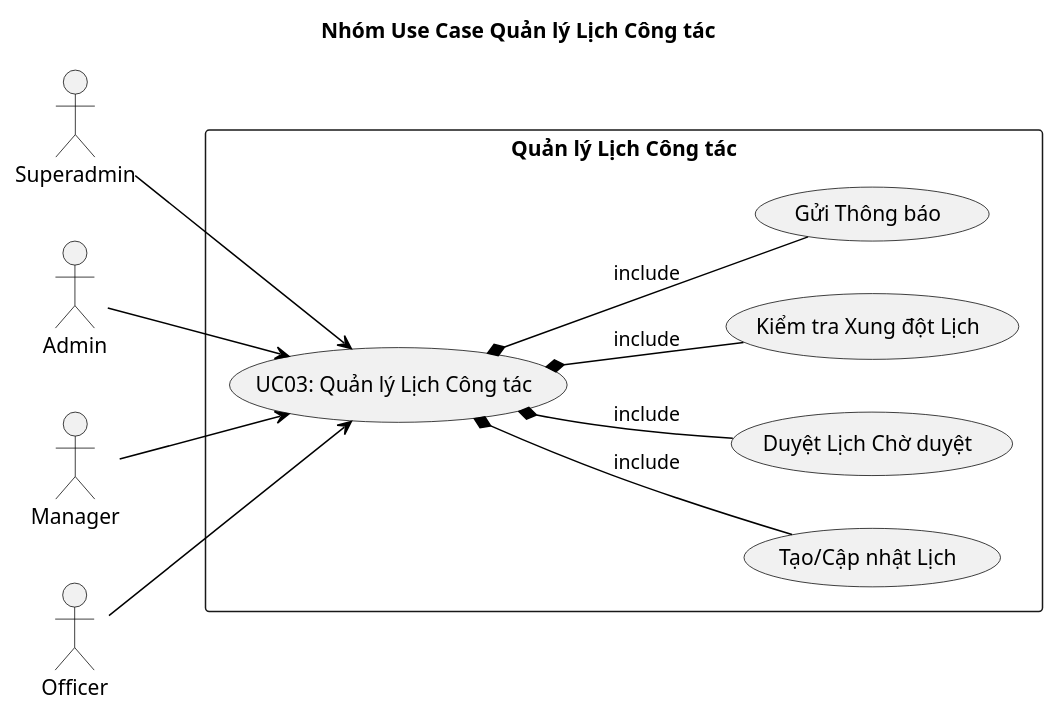
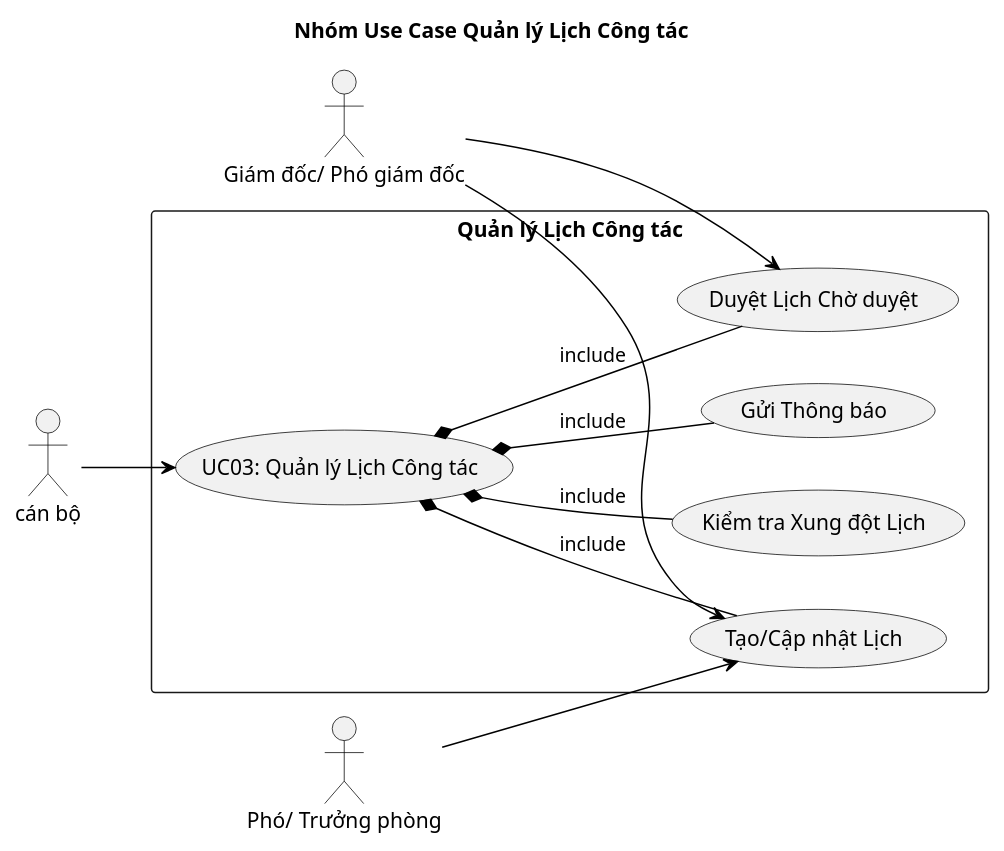
The fourth of 8 diagrams in report/usecase.puml (BQBao-Hedspi4K67/webxeplich), drawn with PlantUML before and after one commit. The commit also changed other lines of this file and 10 other files, not shown here.

```diff
--- a/report/usecase.puml
+++ b/report/usecase.puml
@@ -151,35 +157,40 @@
 @startuml usecase_workschedule
 title Nhóm Use Case Quản lý Lịch Công tác
 
 skinparam backgroundColor white
 skinparam usecaseBorderColor black
 skinparam actorBorderColor black
 skinparam ArrowColor black
 skinparam defaultTextAlignment center
 skinparam fontSize 11
 
 left to right direction
 
-actor "Superadmin" as superadmin
-actor "Admin" as admin
-actor "Manager" as manager
-actor "Officer" as officer
+
+actor "Giám đốc/ Phó giám đốc" as admin
+actor "Phó/ Trưởng phòng" as manager
+actor "cán bộ" as officer
+
 
 rectangle "Quản lý Lịch Công tác" {
     usecase "UC03: Quản lý Lịch Công tác" as UC03
     usecase "Tạo/Cập nhật Lịch" as UC03_create
     usecase "Duyệt Lịch Chờ duyệt" as UC03_approve
     usecase "Kiểm tra Xung đột Lịch" as UC03_conflict
     usecase "Gửi Thông báo" as UC03_notify
 }
 
-superadmin --> UC03
-admin --> UC03
-manager --> UC03
+
+
+admin --> UC03_create
+admin --> UC03_approve
+
+manager --> UC03_create
+
 officer --> UC03
 
 UC03 *-- UC03_create : include
 UC03 *-- UC03_approve : include
 UC03 *-- UC03_conflict : include
 UC03 *-- UC03_notify : include
 @enduml
```
